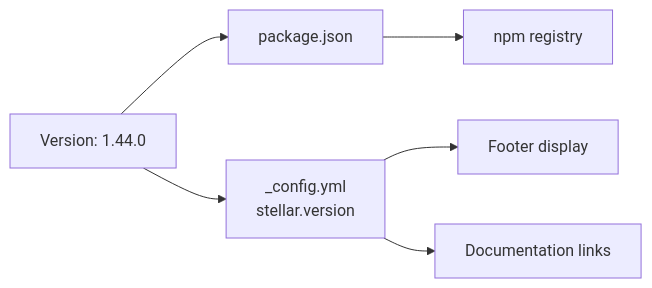
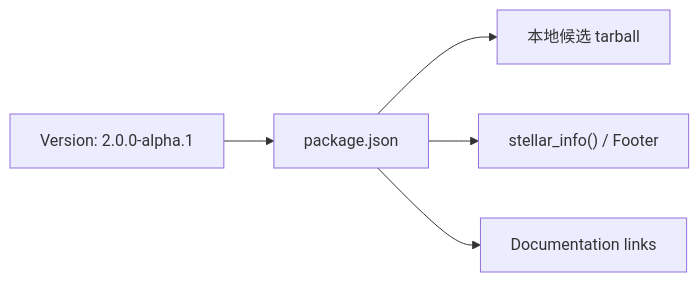
One commit to xaoxuu/hexo-theme-stellar changed the fifth of 5 diagrams in docs/knowledge/00-总览与安装配置/installation.md. Above: the diagram before and after it, drawn with Mermaid. The commit also changed other lines of this file and 861 other files, not shown here.

Commit message:
refactor(v2)!: 完成 Stellar v2 Alpha 重构

````diff
--- a/docs/knowledge/00-总览与安装配置/installation.md
+++ b/docs/knowledge/00-总览与安装配置/installation.md
@@ -373,14 +388,10 @@
 ```mermaid
 graph LR
-    VER["Version: 1.44.0"]
+    VER["Version: 2.0.0-alpha.1"]
     
     PKG["package.json"]
-    CONFIG["_config.yml<br/>stellar.version"]
-    
     VER --> PKG
-    VER --> CONFIG
-    
-    PKG --> NPM["npm registry"]
-    CONFIG --> FOOTER["Footer display"]
-    CONFIG --> DOCS["Documentation links"]
+    PKG --> CANDIDATE["本地候选 tarball"]
+    PKG --> FOOTER["stellar_info() / Footer"]
+    PKG --> DOCS["Documentation links"]
 ```
````
